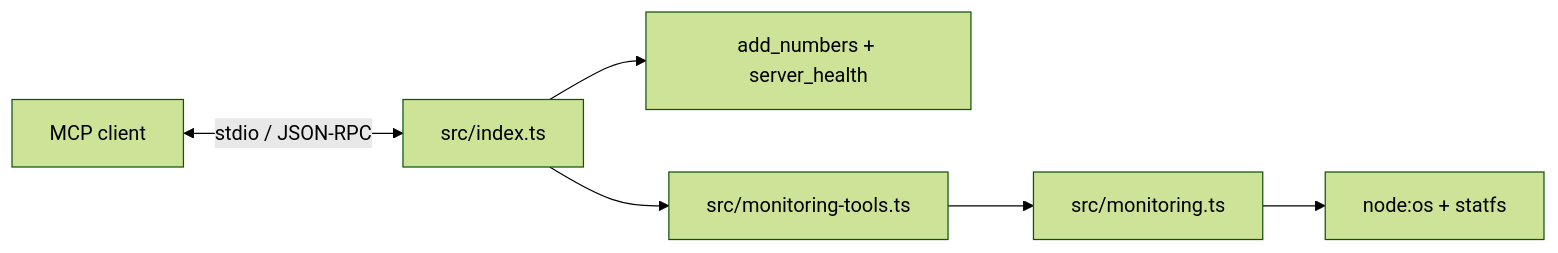
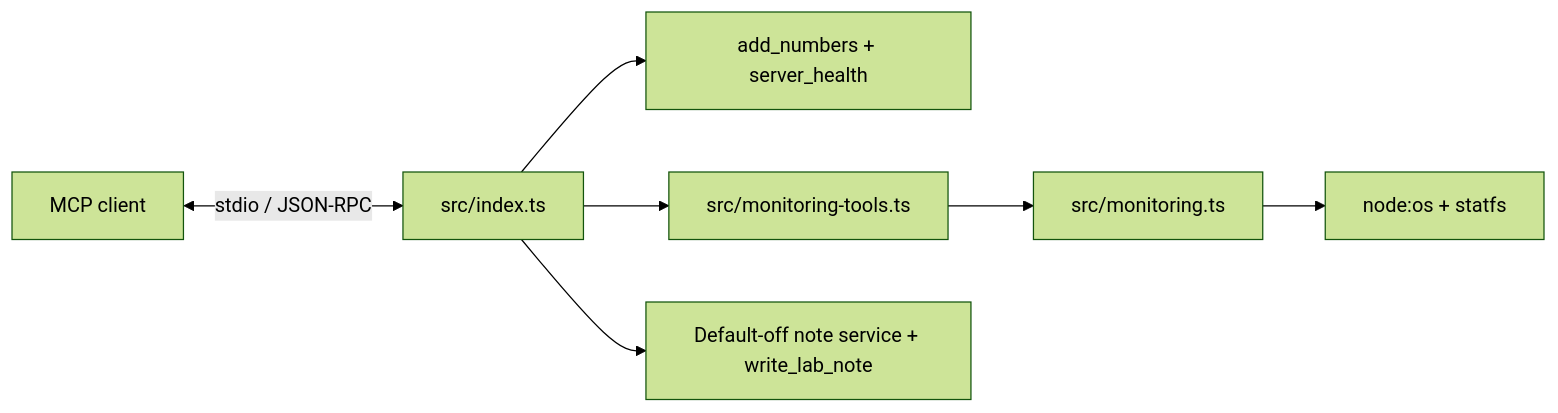
The diagram in docs/README.md (palmarm/mcp-summit-labs), drawn with Mermaid (forest theme) before and after one commit. The commit also changed other lines of this file and 14 other files, not shown here.

````diff
--- a/docs/README.md
+++ b/docs/README.md
@@ -35,8 +41,9 @@
 ```mermaid
 flowchart LR
     Client["MCP client"] <-->|"stdio / JSON-RPC"| Entry["src/index.ts"]
     Entry --> Lab1["add_numbers + server_health"]
     Entry --> Registration["src/monitoring-tools.ts"]
     Registration --> Collectors["src/monitoring.ts"]
     Collectors --> OS["node:os + statfs"]
+    Entry --> Notes["Default-off note service + write_lab_note"]
 ```
````
